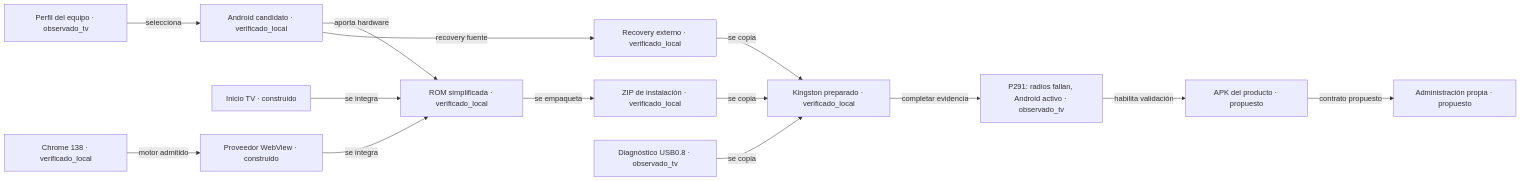
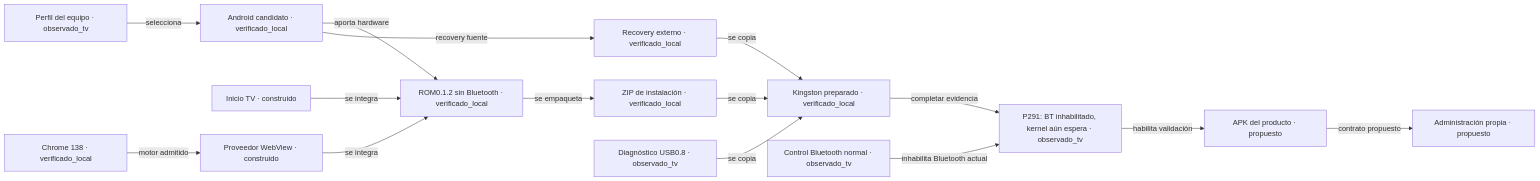
One commit to tablerosapp-ctrl/mxqpro4k changed the diagram in docs/MAPA-ARCHIVOS.md. Above: the diagram before and after it, drawn with Mermaid. The commit also changed other lines of this file and 37 other files, not shown here.

Commit message:
Preparar ROM 0.1.2 sin Bluetooth y documentar diagnóstico LAN P291

````diff
--- a/docs/MAPA-ARCHIVOS.md
+++ b/docs/MAPA-ARCHIVOS.md
@@ -7,29 +7,31 @@
 ```mermaid
 flowchart LR
     C_PERFIL["Perfil del equipo · observado_tv"]
     C_BASE["Android candidato · verificado_local"]
     C_CHROME["Chrome 138 · verificado_local"]
     C_INICIO["Inicio TV · construido"]
-    C_ROM["ROM simplificada · verificado_local"]
+    C_ROM["ROM0.1.2 sin Bluetooth · verificado_local"]
     C_WEB["Proveedor WebView · construido"]
     C_ZIP["ZIP de instalación · verificado_local"]
     C_REC["Recovery externo · verificado_local"]
     C_ENTRY["Diagnóstico USB0.8 · observado_tv"]
     C_USB["Kingston preparado · verificado_local"]
-    C_TV["P291: radios fallan, Android activo · observado_tv"]
+    C_TV["P291: BT inhabilitado, kernel aún espera · observado_tv"]
     C_APP["APK del producto · propuesto"]
     C_GESTION["Administración propia · propuesto"]
+    C_BTCTRL["Control Bluetooth normal · observado_tv"]
     C_PERFIL -->|"selecciona"| C_BASE
     C_BASE -->|"aporta hardware"| C_ROM
     C_CHROME -->|"motor admitido"| C_WEB
     C_INICIO -->|"se integra"| C_ROM
     C_WEB -->|"se integra"| C_ROM
     C_ROM -->|"se empaqueta"| C_ZIP
     C_BASE -->|"recovery fuente"| C_REC
     C_ZIP -->|"se copia"| C_USB
     C_REC -->|"se copia"| C_USB
     C_ENTRY -->|"se copia"| C_USB
     C_USB -->|"completar evidencia"| C_TV
     C_TV -->|"habilita validación"| C_APP
     C_APP -->|"contrato propuesto"| C_GESTION
+    C_BTCTRL -->|"inhabilita Bluetooth actual"| C_TV
 ```
````
